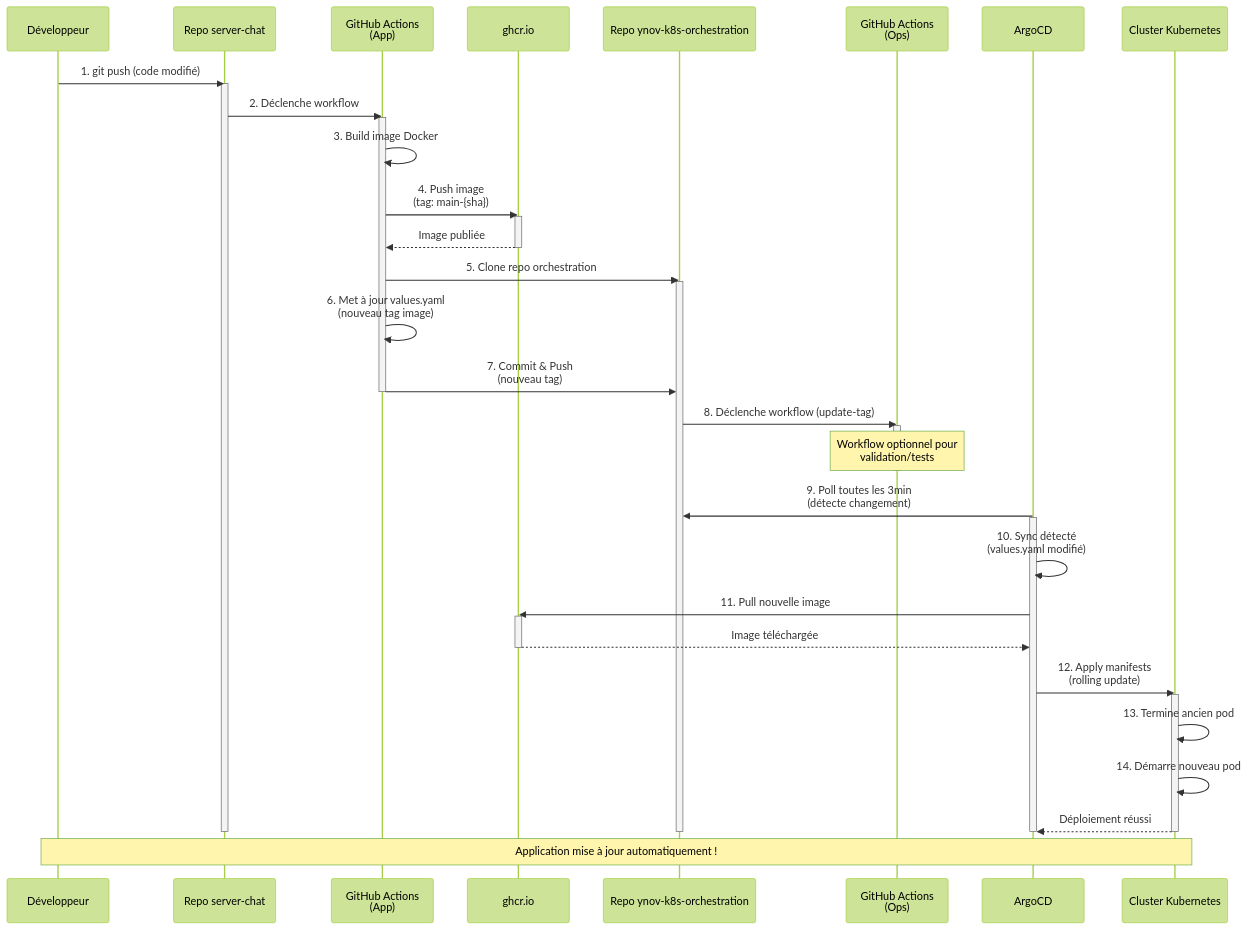
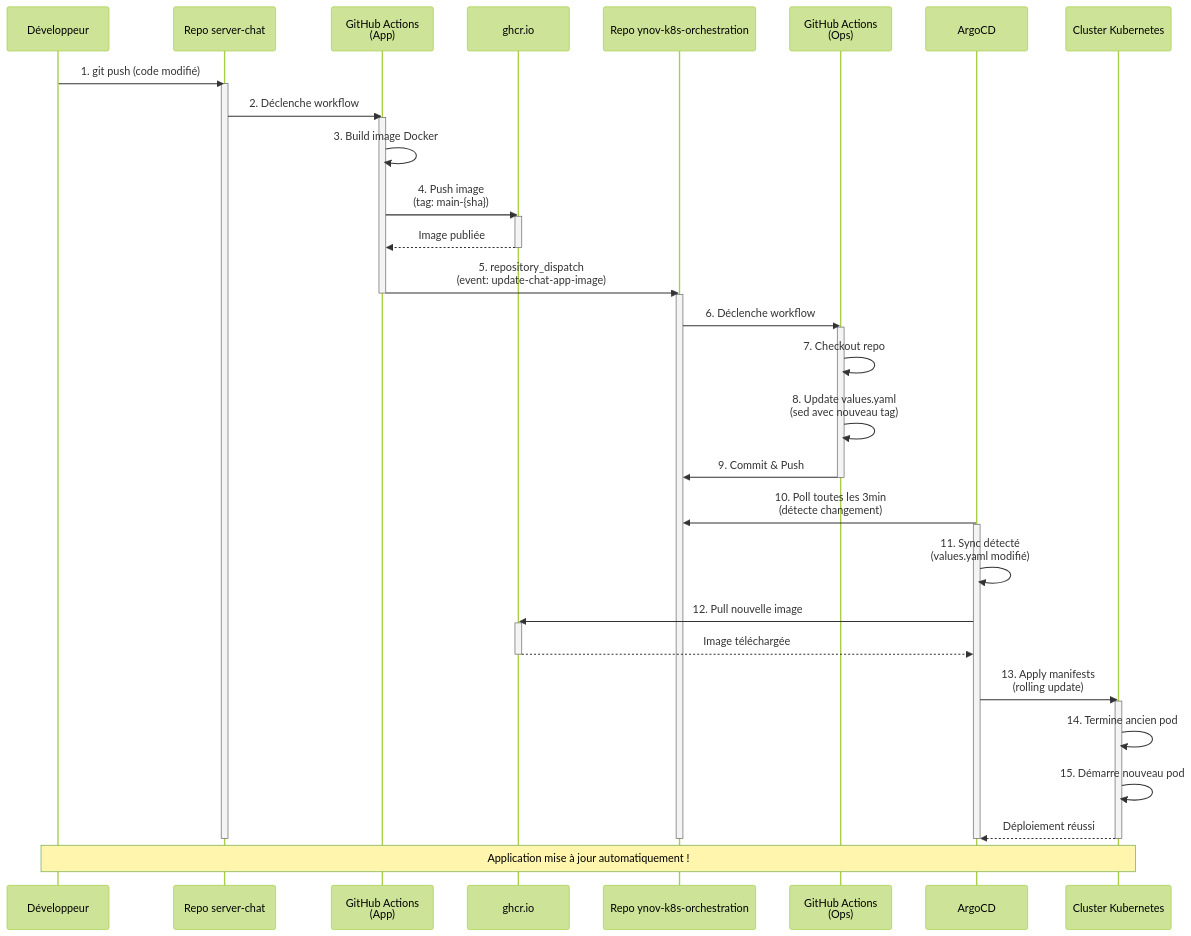
The diagram in README.md (Sipixer/ynov-k8s-orchestration), drawn with Mermaid (forest theme) before and after one commit.

Commit message:
Fix CI/CD workflow diagram - correct repository_dispatch flow
- Update Mermaid diagram to show repository_dispatch event from app repo
- Clarify that orchestration repo receives the event and updates itself
- Remove incorrect "clone repo" step in favor of checkout + sed update
- More accurate representation of the actual GitHub Actions workflow

🤖 Generated with [Claude Code](https://claude.com/claude-code)

````diff
--- a/README.md
+++ b/README.md
@@ -112,53 +112,53 @@
 ```mermaid
 sequenceDiagram
     participant Dev as Développeur
     participant AppRepo as Repo server-chat
     participant GHA1 as GitHub Actions<br/>(App)
     participant Registry as ghcr.io
     participant OpsRepo as Repo ynov-k8s-orchestration
     participant GHA2 as GitHub Actions<br/>(Ops)
     participant ArgoCD as ArgoCD
     participant K8s as Cluster Kubernetes
 
     Dev->>AppRepo: 1. git push (code modifié)
     activate AppRepo
     AppRepo->>GHA1: 2. Déclenche workflow
     activate GHA1
 
     GHA1->>GHA1: 3. Build image Docker
     GHA1->>Registry: 4. Push image<br/>(tag: main-{sha})
     activate Registry
     Registry-->>GHA1: Image publiée
     deactivate Registry
 
-    GHA1->>OpsRepo: 5. Clone repo orchestration
+    GHA1->>OpsRepo: 5. repository_dispatch<br/>(event: update-chat-app-image)
+    deactivate GHA1
     activate OpsRepo
-    GHA1->>GHA1: 6. Met à jour values.yaml<br/>(nouveau tag image)
-    GHA1->>OpsRepo: 7. Commit & Push<br/>(nouveau tag)
-    deactivate GHA1
+    OpsRepo->>GHA2: 6. Déclenche workflow
+    activate GHA2
 
-    OpsRepo->>GHA2: 8. Déclenche workflow (update-tag)
-    activate GHA2
-    Note over GHA2: Workflow optionnel pour<br/>validation/tests
+    GHA2->>GHA2: 7. Checkout repo
+    GHA2->>GHA2: 8. Update values.yaml<br/>(sed avec nouveau tag)
+    GHA2->>OpsRepo: 9. Commit & Push
     deactivate GHA2
 
-    ArgoCD->>OpsRepo: 9. Poll toutes les 3min<br/>(détecte changement)
+    ArgoCD->>OpsRepo: 10. Poll toutes les 3min<br/>(détecte changement)
     activate ArgoCD
-    ArgoCD->>ArgoCD: 10. Sync détecté<br/>(values.yaml modifié)
-    ArgoCD->>Registry: 11. Pull nouvelle image
+    ArgoCD->>ArgoCD: 11. Sync détecté<br/>(values.yaml modifié)
+    ArgoCD->>Registry: 12. Pull nouvelle image
     activate Registry
     Registry-->>ArgoCD: Image téléchargée
     deactivate Registry
 
-    ArgoCD->>K8s: 12. Apply manifests<br/>(rolling update)
+    ArgoCD->>K8s: 13. Apply manifests<br/>(rolling update)
     activate K8s
-    K8s->>K8s: 13. Termine ancien pod
-    K8s->>K8s: 14. Démarre nouveau pod
+    K8s->>K8s: 14. Termine ancien pod
+    K8s->>K8s: 15. Démarre nouveau pod
     K8s-->>ArgoCD: Déploiement réussi
     deactivate K8s
     deactivate ArgoCD
     deactivate OpsRepo
     deactivate AppRepo
 
     Note over Dev,K8s: Application mise à jour automatiquement !
 ```
````
